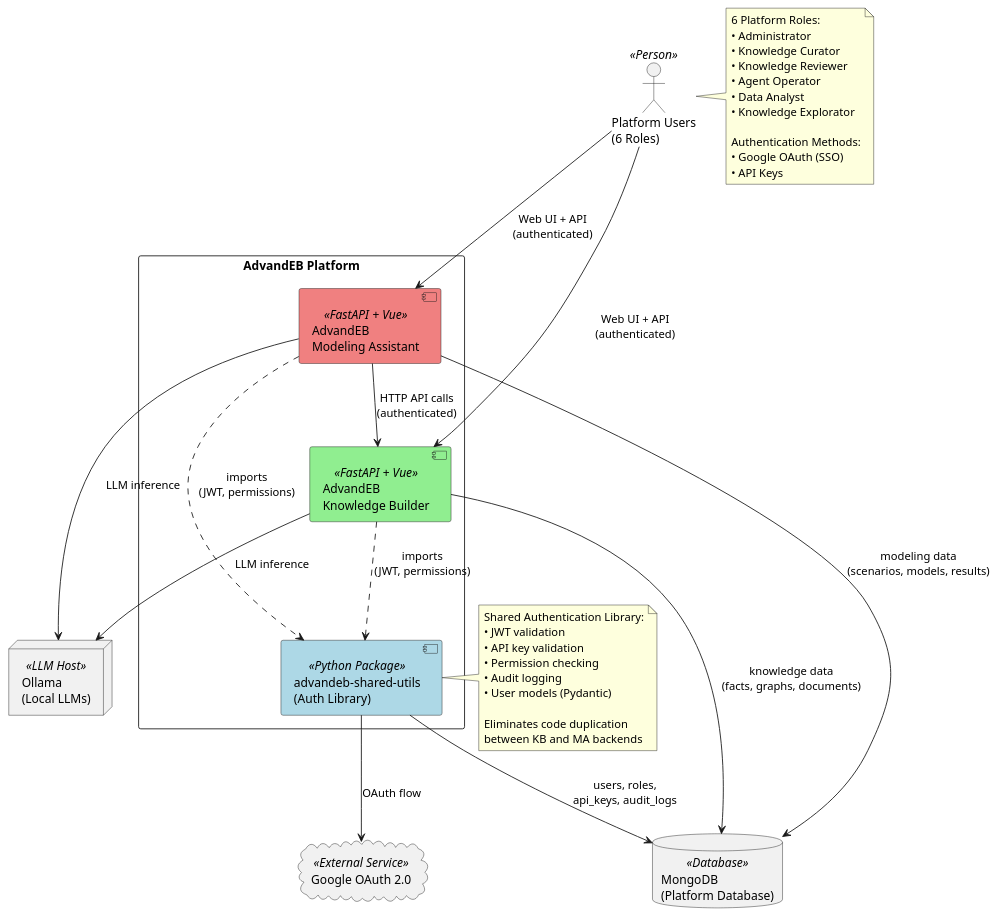
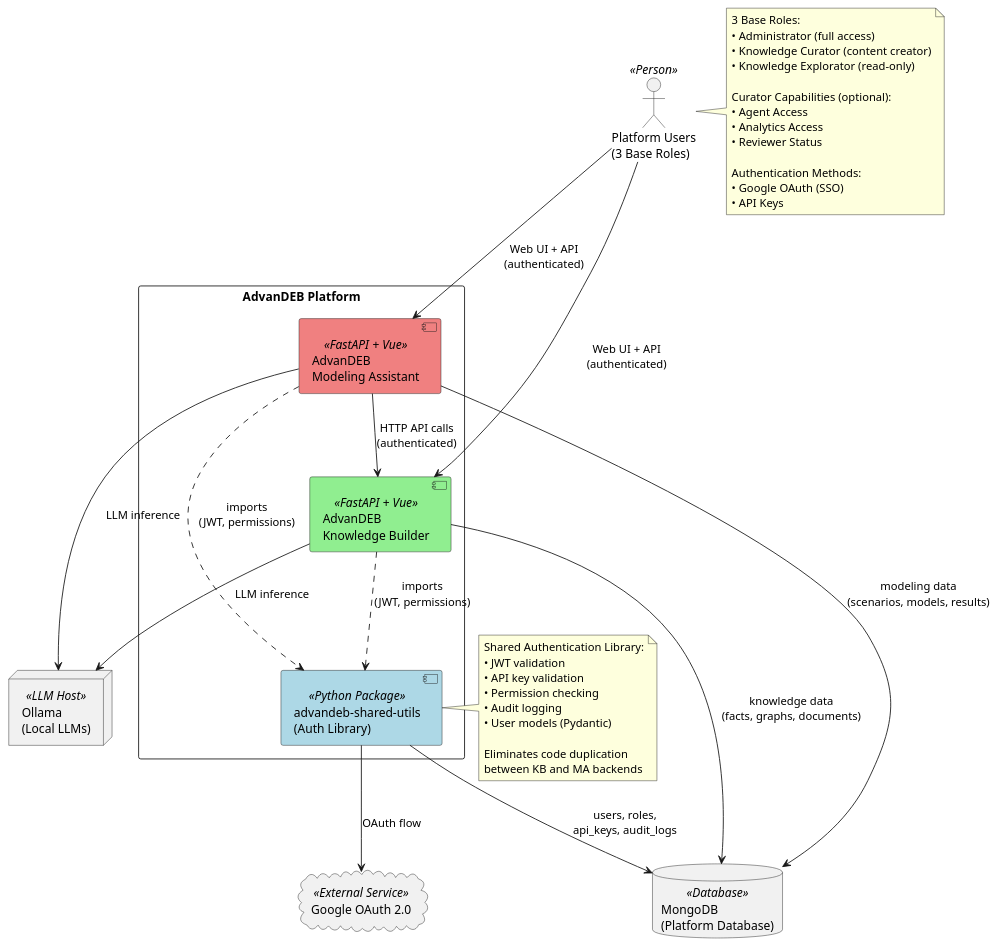
One commit to AdvanDEB/advandeb changed the diagram in docs/diagrams/system-context.puml. Above: the diagram before and after it, drawn with PlantUML. The commit also changed 62 other files, not shown here.

```diff
--- a/docs/diagrams/system-context.puml
+++ b/docs/diagrams/system-context.puml
@@ -1,68 +1,70 @@
 @startuml
-' AdvandEB System Context Diagram (Clean - High Level Only)
+' AdvanDEB System Context Diagram (Clean - High Level Only)
 
 ' Define user groups
-actor "Platform Users\n(6 Roles)" as Users <<Person>>
+actor "Platform Users\n(3 Base Roles)" as Users <<Person>>
 
 ' Main platform rectangle
-rectangle "AdvandEB Platform" {
+rectangle "AdvanDEB Platform" {
   
   ' Shared authentication library
   component "advandeb-shared-utils\n(Auth Library)" as SharedUtils <<Python Package>> #LightBlue
   
   ' Main components
-  component "AdvandEB\nKnowledge Builder" as KB <<FastAPI + Vue>> #LightGreen
-  component "AdvandEB\nModeling Assistant" as MA <<FastAPI + Vue>> #LightCoral
+  component "AdvanDEB\nKnowledge Builder" as KB <<FastAPI + Vue>> #LightGreen
+  component "AdvanDEB\nModeling Assistant" as MA <<FastAPI + Vue>> #LightCoral
   
   ' Internal relationships
   KB ..> SharedUtils : imports\n(JWT, permissions)
   MA ..> SharedUtils : imports\n(JWT, permissions)
   MA --> KB : HTTP API calls\n(authenticated)
 }
 
 ' External services
 cloud "Google OAuth 2.0" as GoogleOAuth <<External Service>>
 database "MongoDB\n(Platform Database)" as MongoDB <<Database>>
 node "Ollama\n(Local LLMs)" as Ollama <<LLM Host>>
 
 ' User interactions (simplified)
 Users --> KB : Web UI + API\n(authenticated)
 Users --> MA : Web UI + API\n(authenticated)
 
 ' Platform to external services
 SharedUtils --> GoogleOAuth : OAuth flow
 SharedUtils --> MongoDB : users, roles,\napi_keys, audit_logs
 
 KB --> MongoDB : knowledge data\n(facts, graphs, documents)
 MA --> MongoDB : modeling data\n(scenarios, models, results)
 
 KB --> Ollama : LLM inference
 MA --> Ollama : LLM inference
 
 note right of Users
-  6 Platform Roles:
-  • Administrator
-  • Knowledge Curator
-  • Knowledge Reviewer
-  • Agent Operator
-  • Data Analyst
-  • Knowledge Explorator
+  3 Base Roles:
+  • Administrator (full access)
+  • Knowledge Curator (content creator)
+  • Knowledge Explorator (read-only)
+  
+  Curator Capabilities (optional):
+  • Agent Access
+  • Analytics Access
+  • Reviewer Status
   
   Authentication Methods:
   • Google OAuth (SSO)
   • API Keys
 end note
 
 note left of SharedUtils
   Shared Authentication Library:
   • JWT validation
   • API key validation
   • Permission checking
   • Audit logging
   • User models (Pydantic)
   
   Eliminates code duplication
   between KB and MA backends
 end note
 
 @enduml
```
